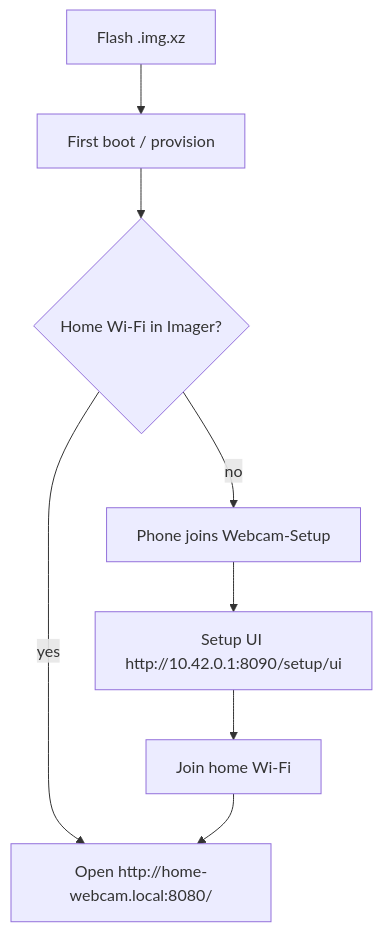
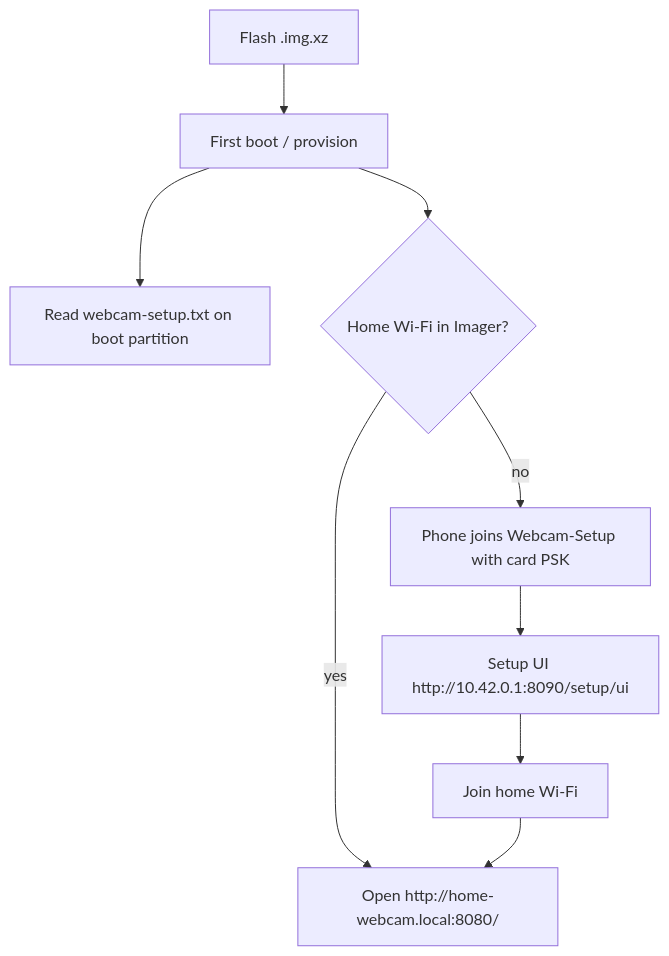
The second of 3 diagrams in docs/diy/BUILD.md (JavanXD/diy-home-webcam), drawn with Mermaid before and after one commit. The commit also changed other lines of this file and 22 other files, not shown here.

````diff
--- a/docs/diy/BUILD.md
+++ b/docs/diy/BUILD.md
@@ -54,10 +55,11 @@
 ```mermaid
 flowchart TD
   flash[Flash .img.xz] --> boot[First boot / provision]
+  boot --> card[Read webcam-setup.txt on boot partition]
   boot --> wifi{Home Wi-Fi in Imager?}
   wifi -->|yes| lan["Open http://home-webcam.local:8080/"]
-  wifi -->|no| ap[Phone joins Webcam-Setup]
+  wifi -->|no| ap[Phone joins Webcam-Setup with card PSK]
   ap --> setup["Setup UI http://10.42.0.1:8090/setup/ui"]
   setup --> home[Join home Wi-Fi]
   home --> lan
 ```
````
